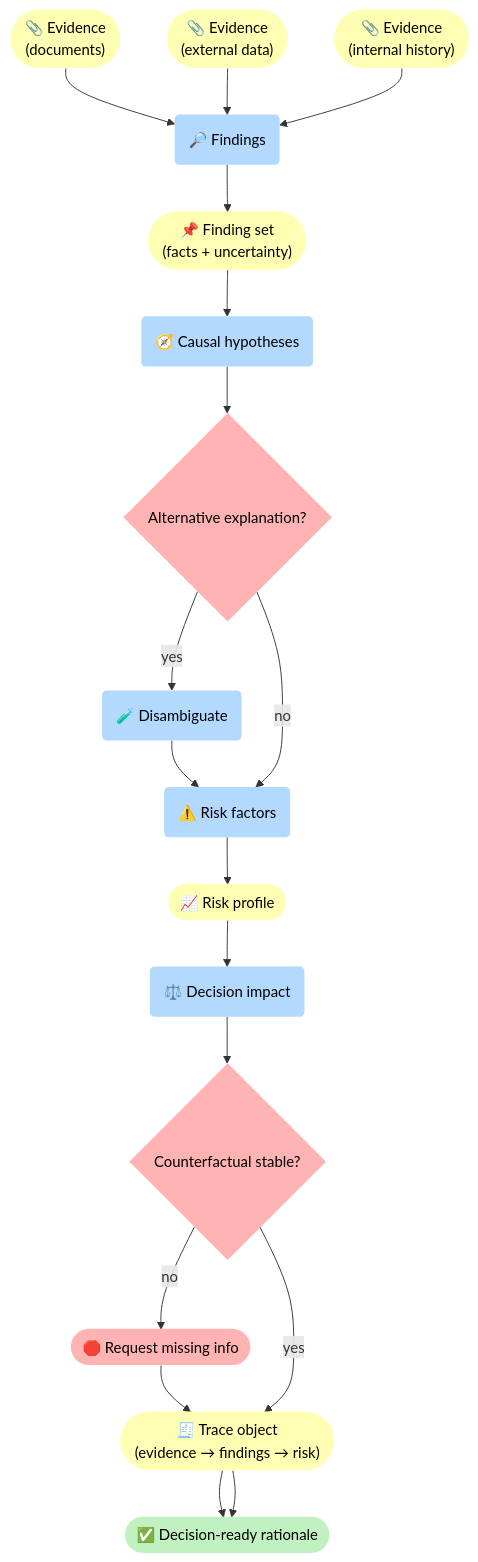
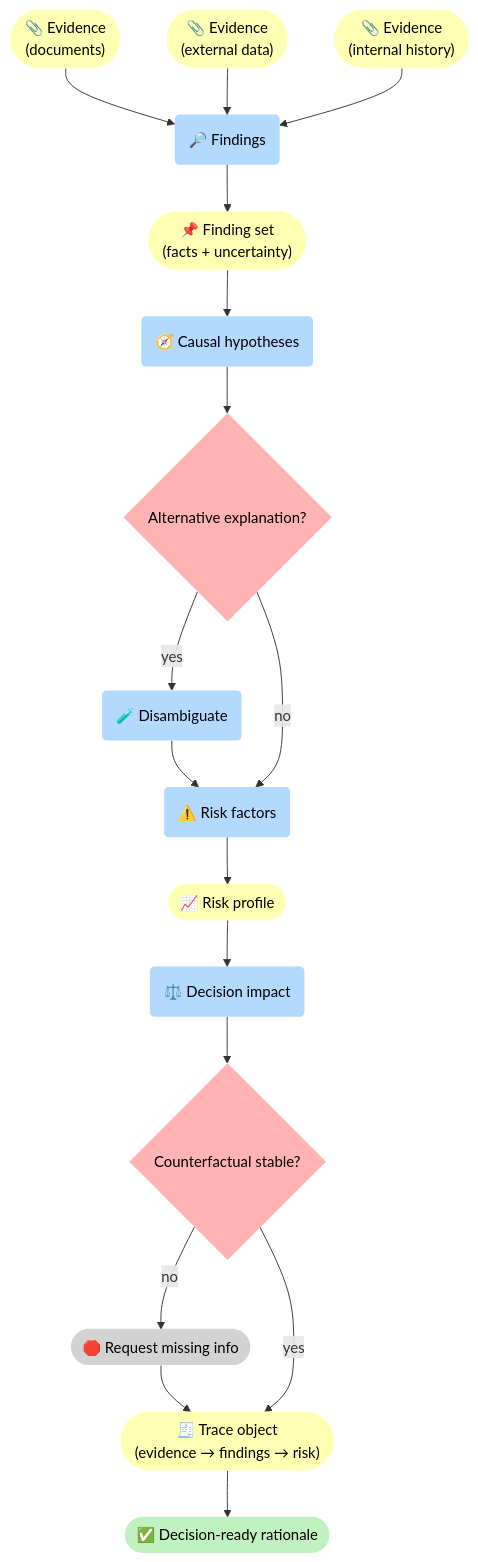
One commit to 5Reasons/5reasons.github.io changed the second of 3 diagrams in docs/case-studies/insurance.md. Above: the diagram before and after it, drawn with Mermaid. The commit also changed other lines of this file and 14 other files, not shown here.

First line of the commit message:
Refactor diagrams and improve clarity in blog posts and case studies

````diff
--- a/docs/case-studies/insurance.md
+++ b/docs/case-studies/insurance.md
@@ -141,42 +141,42 @@
 ```mermaid
 flowchart TB
 %% Styles (brModel Standard)
 classDef i fill:#D3D3D3,stroke-width:0px,color:#000;
 classDef p fill:#B3D9FF,stroke-width:0px,color:#000;
 classDef r fill:#FFFFB3,stroke-width:0px,color:#000;
 classDef o fill:#C1F0C1,stroke-width:0px,color:#000;
 classDef s fill:#FFB3B3,stroke-width:0px,color:#000;
 
 R_EV1(["📎 Evidence<br>(documents)"]):::r
 R_EV2(["📎 Evidence<br>(external data)"]):::r
 R_EV3(["📎 Evidence<br>(internal history)"]):::r
 
 P_F("🔎 Findings"):::p
 R_F(["📌 Finding set<br>(facts + uncertainty)"]):::r
 
 P_C("🧭 Causal hypotheses"):::p
 G_Alt{"Alternative explanation?"}:::s
 P_Dis("🧪 Disambiguate"):::p
 
 P_R("⚠️ Risk factors"):::p
 R_R(["📈 Risk profile"]):::r
 
 P_D("⚖️ Decision impact"):::p
 G_CF{"Counterfactual stable?"}:::s
-S_Ask(["🛑 Request missing info"]):::s
+S_Ask(["🛑 Request missing info"]):::i
 
 R_T(["🧾 Trace object<br>(evidence → findings → risk)"]):::r
 O_Out(["✅ Decision-ready rationale"]):::o
 
 R_EV1 --> P_F
 R_EV2 --> P_F
 R_EV3 --> P_F
 
 P_F --> R_F --> P_C --> G_Alt
 G_Alt -->|"yes"| P_Dis --> P_R
 G_Alt -->|"no"| P_R
 
 P_R --> R_R --> P_D --> G_CF
 G_CF -->|"no"| S_Ask --> R_T --> O_Out
-G_CF -->|"yes"| R_T --> O_Out
+G_CF -->|"yes"| R_T
 ```
````
